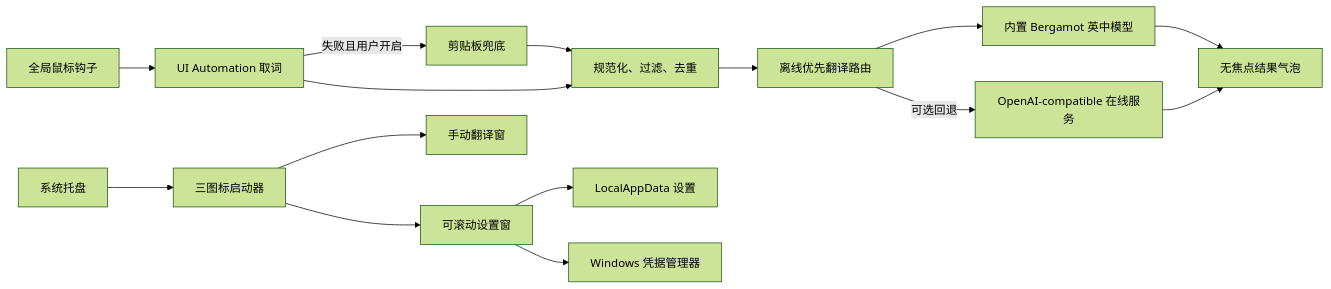
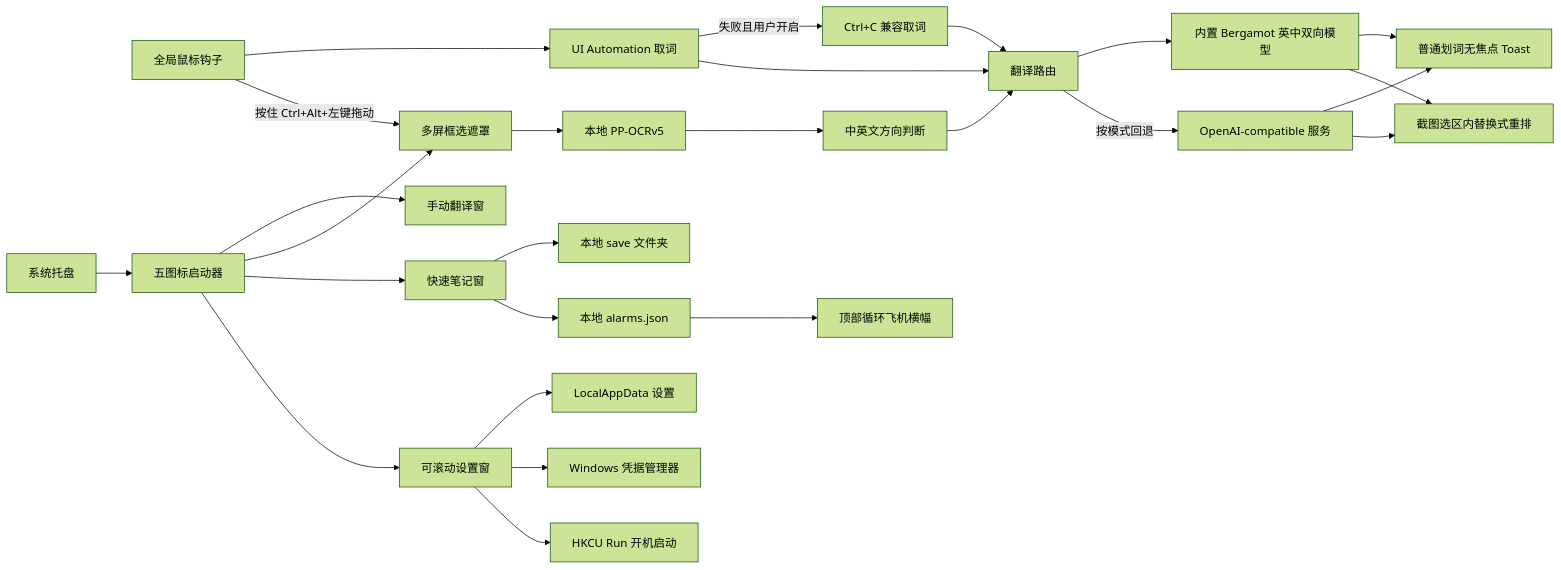
The diagram in README.md (ziyeGT/win-JJHC), drawn with Mermaid (forest theme) before and after one commit. The commit also changed other lines of this file and 69 other files, not shown here.

````diff
--- a/README.md
+++ b/README.md
@@ -36,17 +91,27 @@
 ```mermaid
 flowchart LR
     Mouse["全局鼠标钩子"] --> UIA["UI Automation 取词"]
-    UIA -->|失败且用户开启| Clipboard["剪贴板兜底"]
-    UIA --> Filter["规范化、过滤、去重"]
-    Clipboard --> Filter
-    Filter --> Router["离线优先翻译路由"]
-    Router --> Offline["内置 Bergamot 英中模型"]
-    Router -->|可选回退| Online["OpenAI-compatible 在线服务"]
-    Offline --> Popup["无焦点结果气泡"]
+    UIA -->|"失败且用户开启"| Clipboard["Ctrl+C 兼容取词"]
+    Mouse -->|"按住 Ctrl+Alt+左键拖动"| Region["多屏框选遮罩"]
+    Region --> OCR["本地 PP-OCRv5"]
+    UIA --> Router["翻译路由"]
+    Clipboard --> Router
+    OCR --> Direction["中英文方向判断"] --> Router
+    Router --> Offline["内置 Bergamot 英中双向模型"]
+    Router -->|"按模式回退"| Online["OpenAI-compatible 服务"]
+    Offline --> Popup["普通划词无焦点 Toast"]
     Online --> Popup
-    Tray["系统托盘"] --> Launcher["三图标启动器"]
+    Offline --> ScreenshotResult["截图选区内替换式重排"]
+    Online --> ScreenshotResult
+    Tray["系统托盘"] --> Launcher["五图标启动器"]
     Launcher --> Manual["手动翻译窗"]
+    Launcher --> Region
+    Launcher --> Notebook["快速笔记窗"]
+    Notebook --> Save["本地 save 文件夹"]
+    Notebook --> AlarmStore["本地 alarms.json"]
+    AlarmStore --> AlarmBanner["顶部循环飞机横幅"]
     Launcher --> SettingsUI["可滚动设置窗"]
     SettingsUI --> Settings["LocalAppData 设置"]
     SettingsUI --> Credential["Windows 凭据管理器"]
+    SettingsUI --> Startup["HKCU Run 开机启动"]
 ```
````
